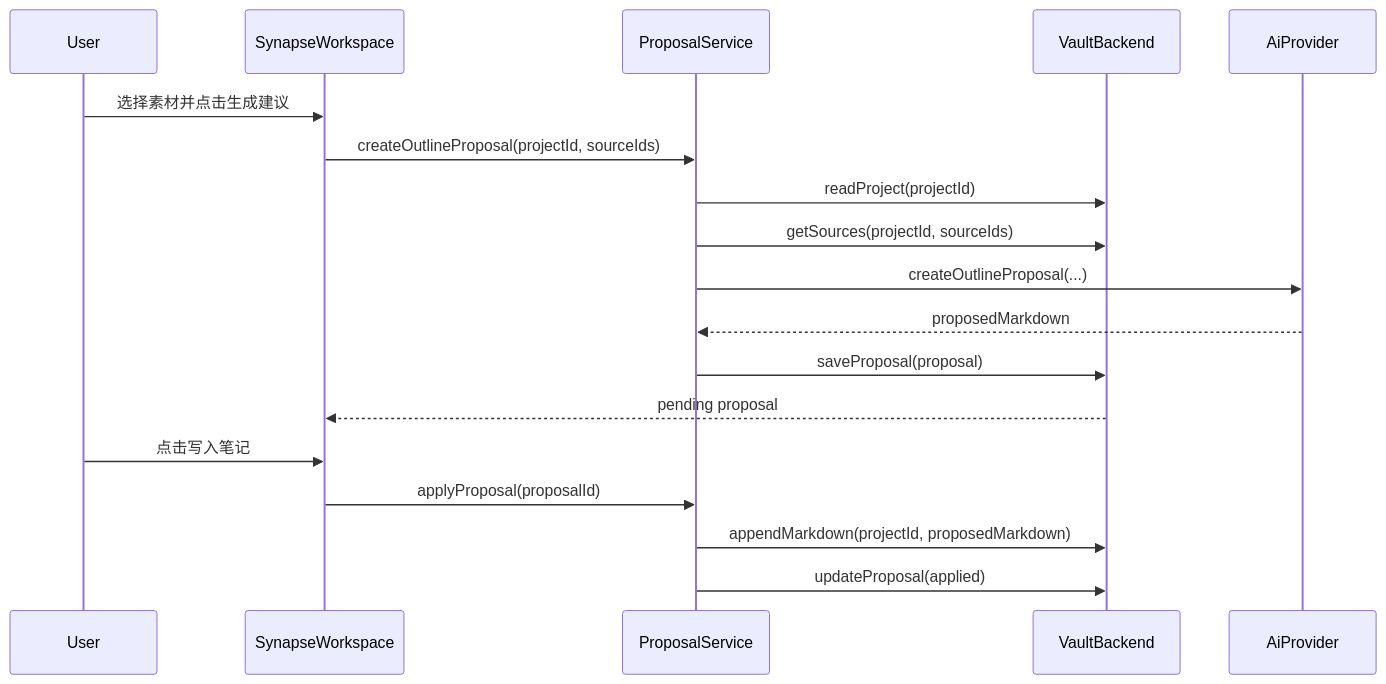
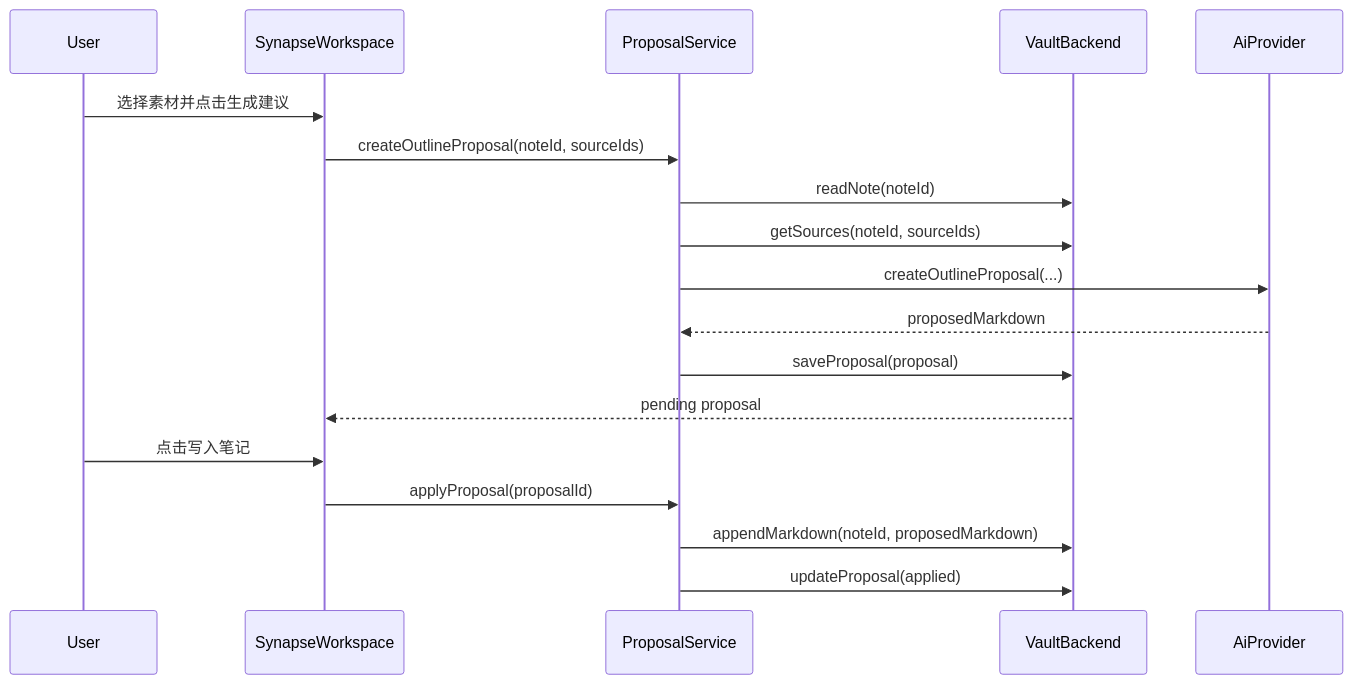
The diagram in docs/architecture.md (1COOS/synapse), drawn with Mermaid before and after one commit. The commit also changed other lines of this file and 27 other files, not shown here.

````diff
--- a/docs/architecture.md
+++ b/docs/architecture.md
@@ -342,21 +345,21 @@
 ```mermaid
 sequenceDiagram
     participant U as User
     participant UI as SynapseWorkspace
     participant PS as ProposalService
     participant V as VaultBackend
     participant AI as AiProvider
 
     U->>UI: 选择素材并点击生成建议
-    UI->>PS: createOutlineProposal(projectId, sourceIds)
-    PS->>V: readProject(projectId)
-    PS->>V: getSources(projectId, sourceIds)
+    UI->>PS: createOutlineProposal(noteId, sourceIds)
+    PS->>V: readNote(noteId)
+    PS->>V: getSources(noteId, sourceIds)
     PS->>AI: createOutlineProposal(...)
     AI-->>PS: proposedMarkdown
     PS->>V: saveProposal(proposal)
     V-->>UI: pending proposal
     U->>UI: 点击写入笔记
     UI->>PS: applyProposal(proposalId)
-    PS->>V: appendMarkdown(projectId, proposedMarkdown)
+    PS->>V: appendMarkdown(noteId, proposedMarkdown)
     PS->>V: updateProposal(applied)
 ```
````
